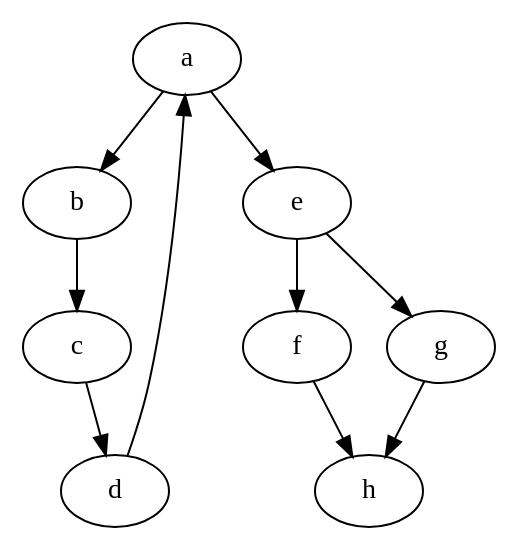
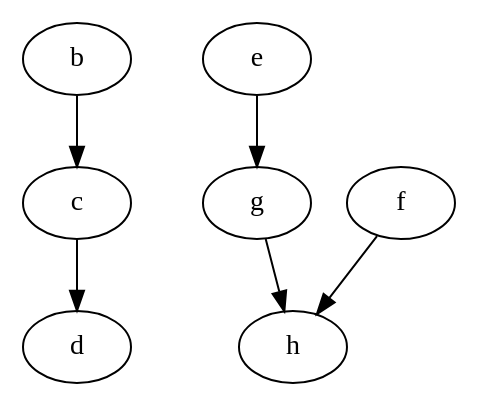
The diagram in graph-parser/output.dot (devjanyani/CSE-464-2026-djanyani), drawn with Graphviz before and after one commit. The commit also changed 3 other files, not shown here.

```diff
--- a/graph-parser/output.dot
+++ b/graph-parser/output.dot
@@ -1,19 +1,14 @@
 digraph {
-  a;
   b;
   c;
   d;
   e;
   f;
   g;
   h;
-  a -> b;
-  a -> e;
   b -> c;
   c -> d;
-  d -> a;
-  e -> f;
   e -> g;
   f -> h;
   g -> h;
 }
```
